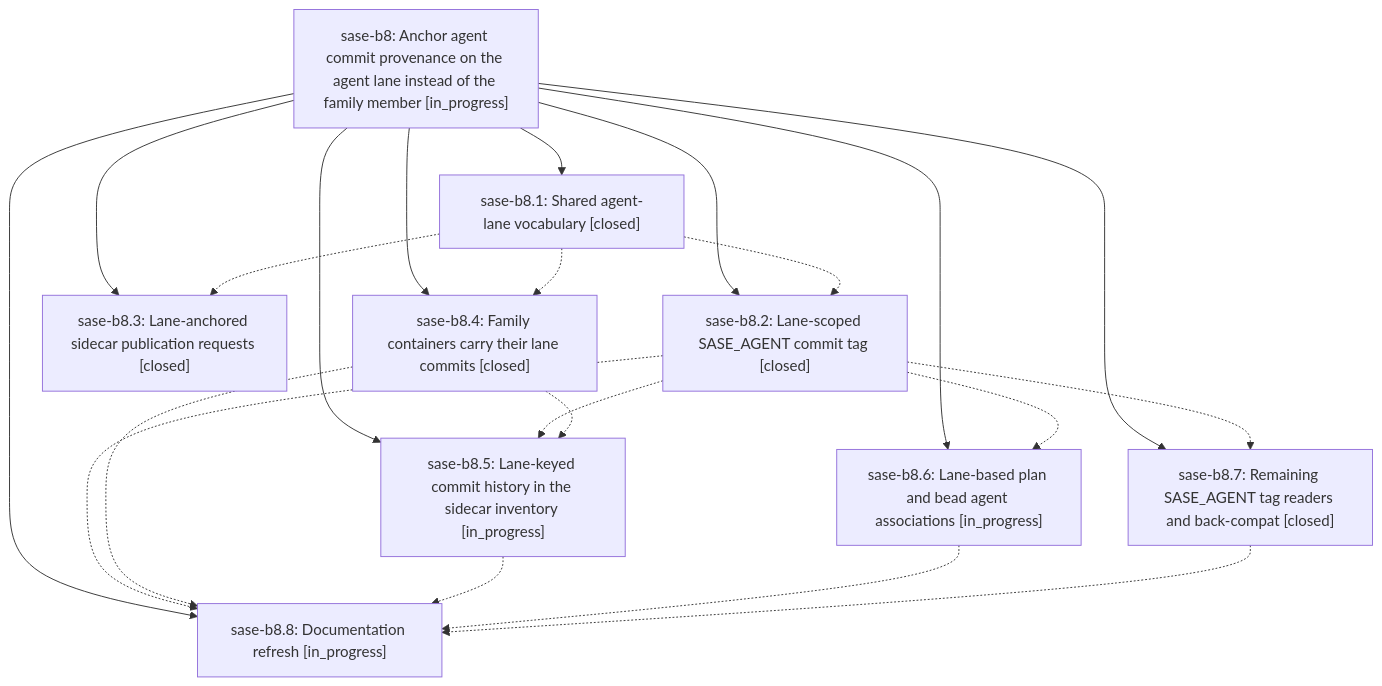
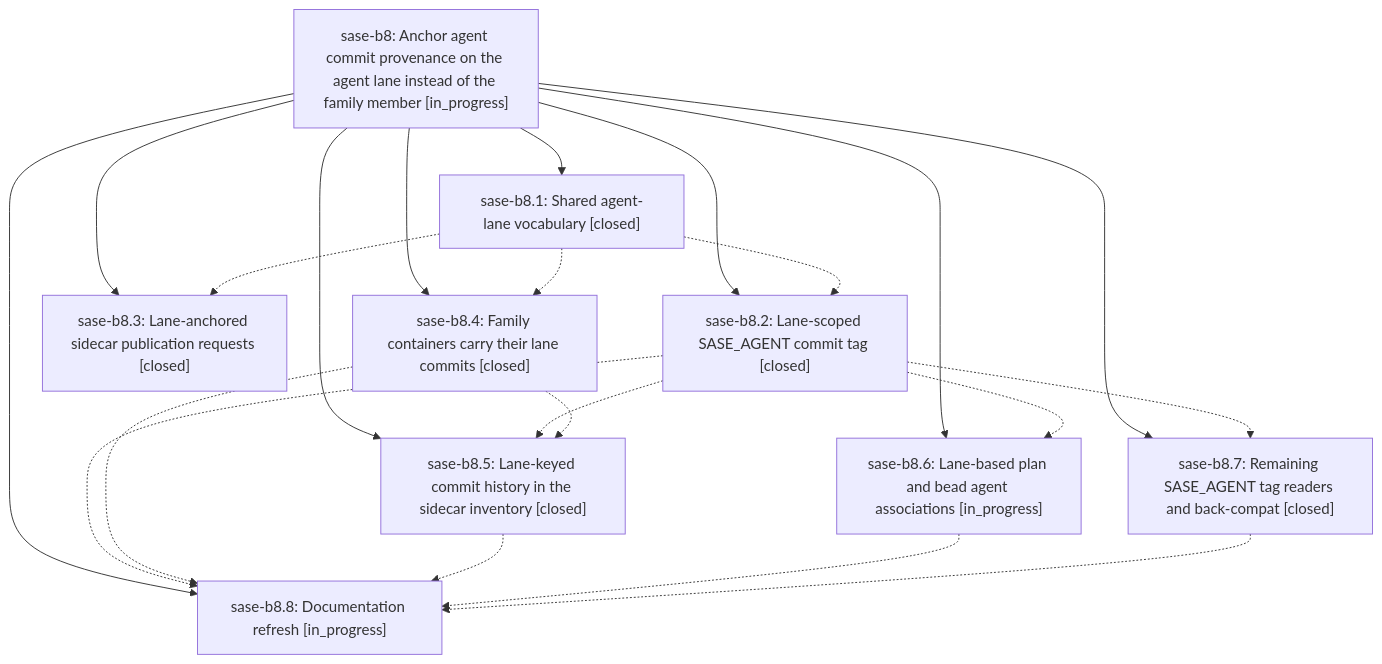
Before and after one commit to sase-org/sase--beads: the diagram in pages/sase-b8/README.md, drawn with Mermaid. The commit also changed other lines of this file and 4 other files, not shown here.

````diff
--- a/pages/sase-b8/README.md
+++ b/pages/sase-b8/README.md
@@ -29,32 +29,32 @@
 ```mermaid
 flowchart TD
     n0["sase-b8: Anchor agent commit provenance on the agent lane instead of the family member [in_progress]"]
     n1["sase-b8.1: Shared agent-lane vocabulary [closed]"]
     n2["sase-b8.2: Lane-scoped SASE_AGENT commit tag [closed]"]
     n3["sase-b8.3: Lane-anchored sidecar publication requests [closed]"]
     n4["sase-b8.4: Family containers carry their lane commits [closed]"]
-    n5["sase-b8.5: Lane-keyed commit history in the sidecar inventory [in_progress]"]
+    n5["sase-b8.5: Lane-keyed commit history in the sidecar inventory [closed]"]
     n6["sase-b8.6: Lane-based plan and bead agent associations [in_progress]"]
     n7["sase-b8.7: Remaining SASE_AGENT tag readers and back-compat [closed]"]
     n8["sase-b8.8: Documentation refresh [in_progress]"]
     n0 --> n1
     n0 --> n2
     n0 --> n3
     n0 --> n4
     n0 --> n5
     n0 --> n6
     n0 --> n7
     n0 --> n8
     n1 -.-> n2
     n1 -.-> n3
     n1 -.-> n4
     n2 -.-> n5
     n2 -.-> n6
     n2 -.-> n7
     n2 -.-> n8
     n4 -.-> n5
     n4 -.-> n8
     n5 -.-> n8
     n6 -.-> n8
     n7 -.-> n8
 ```
````
